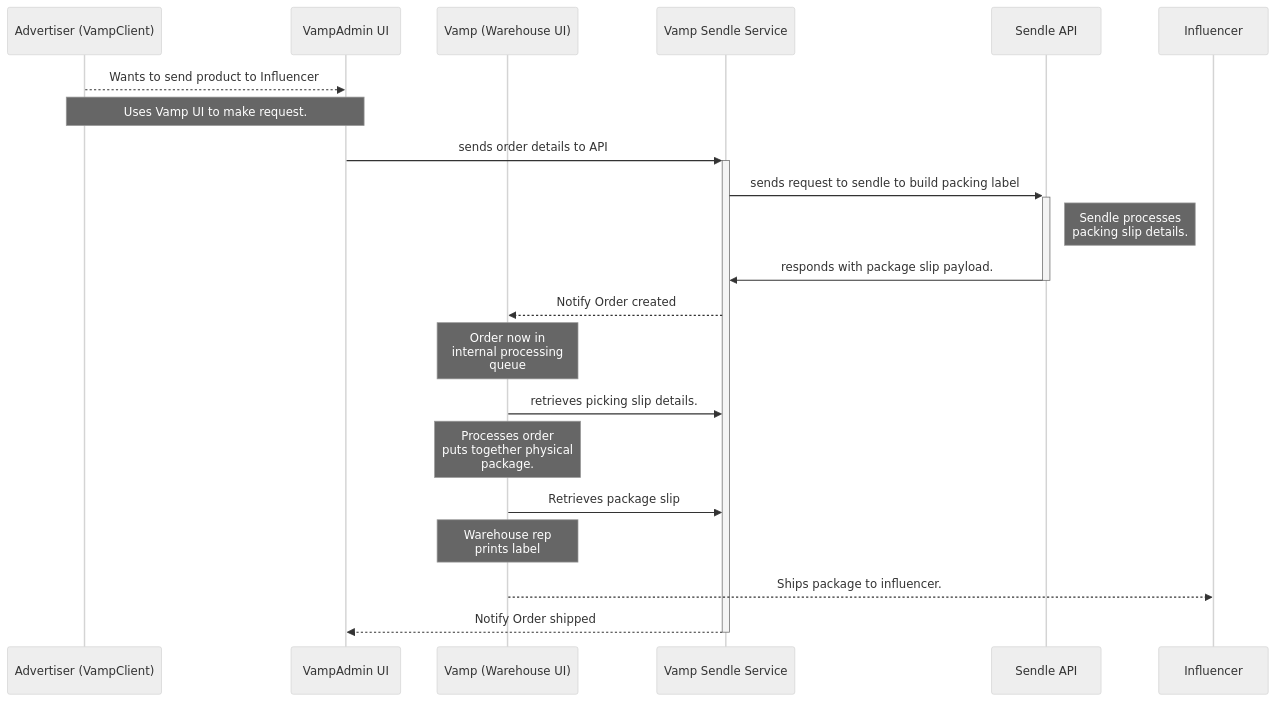
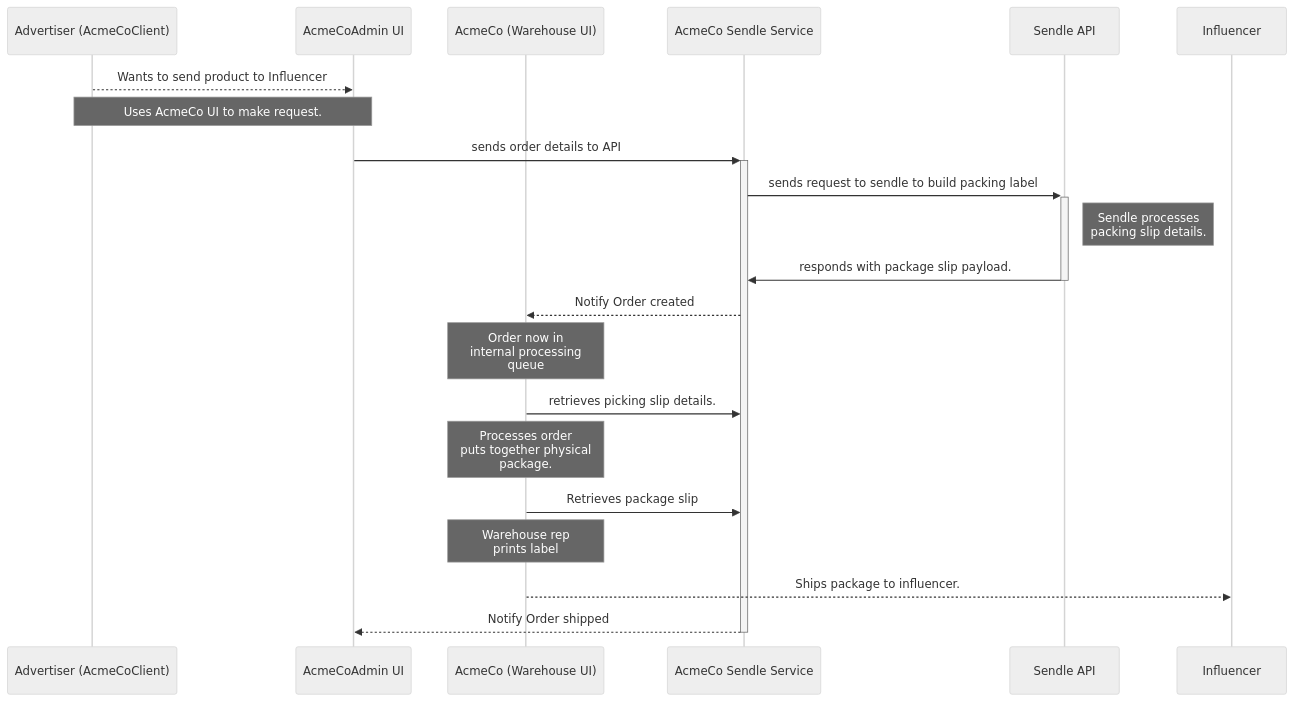
One commit to rsgrafx/shipping-au changed the diagram in support/design-decomp.mmd. Above: the diagram before and after it, drawn with Mermaid (neutral theme). The commit also changed 17 other files, not shown here.

```diff
--- a/support/design-decomp.mmd
+++ b/support/design-decomp.mmd
@@ -1,32 +1,32 @@
 sequenceDiagram
 
-participant advertiser as Advertiser (VampClient)
-participant vampAdmin as VampAdmin UI
-participant warehouse as Vamp (Warehouse UI)
-participant vampApi as Vamp Sendle Service
+participant advertiser as Advertiser (AcmeCoClient)
+participant vampAdmin as AcmeCoAdmin UI
+participant warehouse as AcmeCo (Warehouse UI)
+participant vampApi as AcmeCo Sendle Service
 
 participant sendle as Sendle API
 participant influencer as Influencer
 
 advertiser-->>vampAdmin: Wants to send product to Influencer
-Note over advertiser,vampAdmin: Uses Vamp UI to make request.
+Note over advertiser,vampAdmin: Uses AcmeCo UI to make request.
 
 vampAdmin->>+vampApi: sends order details to API
 
 vampApi->>+sendle: sends request to sendle to build packing label
 note right of sendle: Sendle processes <br/> packing slip details.
 sendle->>-vampApi: responds with package slip payload.
 vampApi-->>warehouse: Notify Order created
 note over warehouse: Order now in <br/>internal processing <br/>queue
 warehouse->>vampApi: retrieves picking slip details.
 # vampApi-->>vampAdmin: Notify Order processing
 Note over warehouse: Processes order <br/>puts together physical<br/>package.
 
 warehouse->>vampApi: Retrieves package slip
 # warehouse-->>vampAdmin: Warehouse retrieves label pdf
 
 # vampAdmin->>vampApi: request label
 # vampApi->>vampAdmin: sends back link to packing label. (cached)
 note over warehouse: Warehouse rep <br/> prints label
 warehouse-->>influencer: Ships package to influencer.
 vampApi-->>-vampAdmin: Notify Order shipped
```
